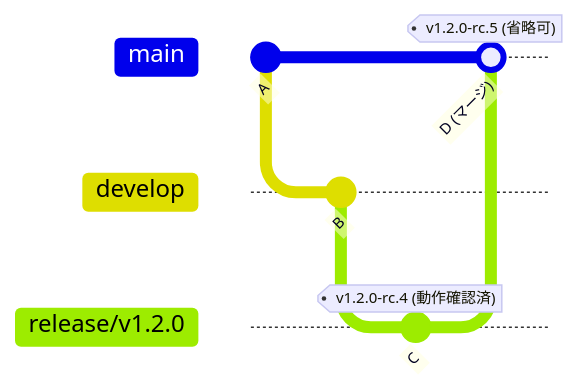
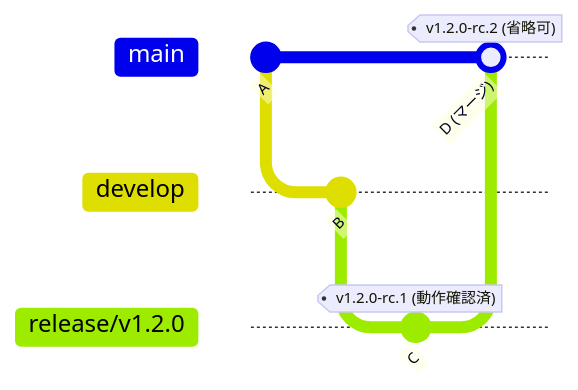
Before and after one commit to raysihto-d250311a/ops-guides-ja: the ninth of 9 diagrams in docs/branching-and-deployment-runbook.md, drawn with Mermaid. The commit also changed other lines of this file, not shown here.

````diff
--- a/docs/branching-and-deployment-runbook.md
+++ b/docs/branching-and-deployment-runbook.md
@@ -722,12 +747,12 @@
 ```mermaid
 gitGraph
     commit id: "A"
     branch develop
     checkout develop
     commit id: "B"
     branch release/v1.2.0
     checkout release/v1.2.0
-    commit id: "C" tag: "v1.2.0-rc.4 (動作確認済)"
+    commit id: "C" tag: "v1.2.0-rc.1 (動作確認済)"
     checkout main
-    merge release/v1.2.0 id: "D (マージ)" tag: "v1.2.0-rc.5 (省略可)"
+    merge release/v1.2.0 id: "D (マージ)" tag: "v1.2.0-rc.2 (省略可)"
 ```
````
